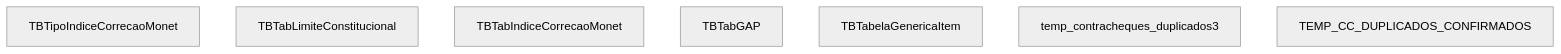
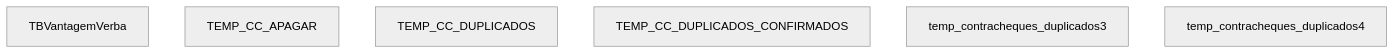
Diagram 14 of 15 in BDFolhaBA.md (PedroDeveloper/adsd), drawn with Mermaid before and after one commit. The commit also changed other lines of this file, not shown here.

````diff
--- a/BDFolhaBA.md
+++ b/BDFolhaBA.md
@@ -219,18 +260,16 @@
 ```mermaid
 graph TB
 %%{ init: { 'theme': 'neutral', 'flowchart': { 'useMaxWidth': false, 'curve': 'basis' }}}%%
-	TBTipoIndiceCorrecaoMonet["TBTipoIndiceCorrecaoMonet"]
+	TBVantagemVerba["TBVantagemVerba"]
 
-	TBTabLimiteConstitucional["TBTabLimiteConstitucional"]
+	TEMP_CC_APAGAR["TEMP_CC_APAGAR"]
 
-	TBTabIndiceCorrecaoMonet["TBTabIndiceCorrecaoMonet"]
+	TEMP_CC_DUPLICADOS["TEMP_CC_DUPLICADOS"]
 
-	TBTabGAP["TBTabGAP"]
-
-	TBTabelaGenericaItem["TBTabelaGenericaItem"]
+	TEMP_CC_DUPLICADOS_CONFIRMADOS["TEMP_CC_DUPLICADOS_CONFIRMADOS"]
 
 	temp_contracheques_duplicados3["temp_contracheques_duplicados3"]
 
-	TEMP_CC_DUPLICADOS_CONFIRMADOS["TEMP_CC_DUPLICADOS_CONFIRMADOS"]
+	temp_contracheques_duplicados4["temp_contracheques_duplicados4"]
 
 ```
````
